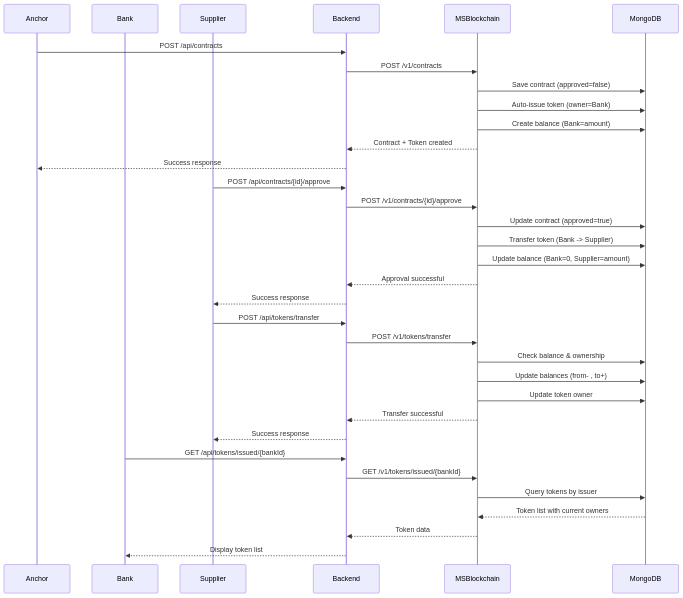
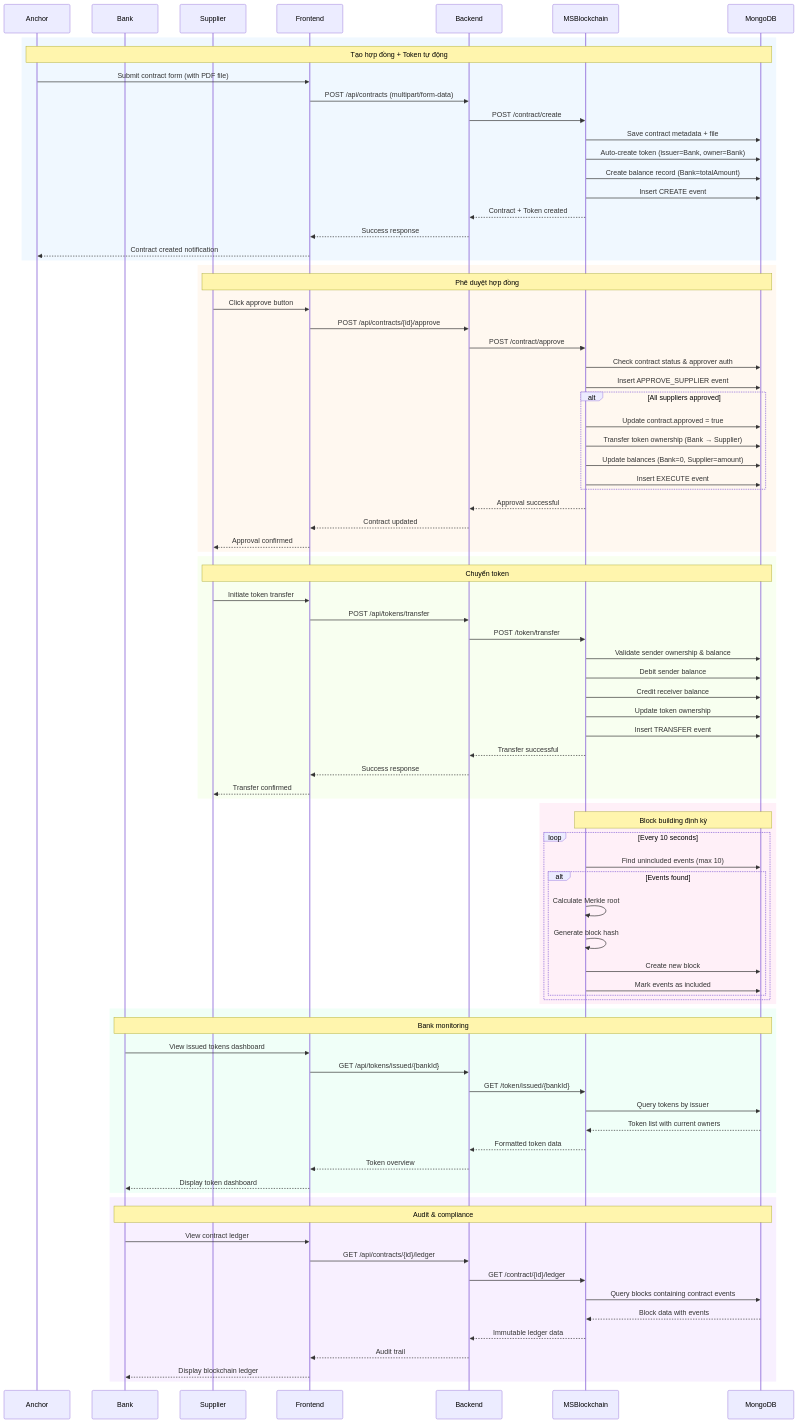
Before and after one commit to trunghc97/blockchain: the second of 6 diagrams in SYSTEM_DIAGRAM.md, drawn with Mermaid. The commit also changed other lines of this file, not shown here.

````diff
--- a/SYSTEM_DIAGRAM.md
+++ b/SYSTEM_DIAGRAM.md
@@ -48,42 +87,100 @@
     participant Anchor
     participant Bank
     participant Supplier
+    participant Frontend
     participant Backend
     participant MSBlockchain
     participant MongoDB
 
-    %% 1. Anchor tạo hợp đồng
-    Anchor->>Backend: POST /api/contracts
-    Backend->>MSBlockchain: POST /v1/contracts
-    MSBlockchain->>MongoDB: Save contract (approved=false)
-    MSBlockchain->>MongoDB: Auto-issue token (owner=Bank)
-    MSBlockchain->>MongoDB: Create balance (Bank=amount)
-    MSBlockchain-->>Backend: Contract + Token created
-    Backend-->>Anchor: Success response
+    %% 1. Anchor tạo hợp đồng & Token tự động phát hành
+    rect rgb(240, 248, 255)
+        Note over Anchor,MongoDB: Tạo hợp đồng + Token tự động
+        Anchor->>Frontend: Submit contract form (with PDF file)
+        Frontend->>Backend: POST /api/contracts (multipart/form-data)
+        Backend->>MSBlockchain: POST /contract/create
+        MSBlockchain->>MongoDB: Save contract metadata + file
+        MSBlockchain->>MongoDB: Auto-create token (issuer=Bank, owner=Bank)
+        MSBlockchain->>MongoDB: Create balance record (Bank=totalAmount)
+        MSBlockchain->>MongoDB: Insert CREATE event
+        MSBlockchain-->>Backend: Contract + Token created
+        Backend-->>Frontend: Success response
+        Frontend-->>Anchor: Contract created notification
+    end
 
-    %% 2. Approvers duyệt hợp đồng
-    Supplier->>Backend: POST /api/contracts/{id}/approve
-    Backend->>MSBlockchain: POST /v1/contracts/{id}/approve
-    MSBlockchain->>MongoDB: Update contract (approved=true)
-    MSBlockchain->>MongoDB: Transfer token (Bank -> Supplier)
-    MSBlockchain->>MongoDB: Update balance (Bank=0, Supplier=amount)
-    MSBlockchain-->>Backend: Approval successful
-    Backend-->>Supplier: Success response
+    %% 2. Suppliers phê duyệt & Token transfer
+    rect rgb(255, 248, 240)
+        Note over Supplier,MongoDB: Phê duyệt hợp đồng
+        Supplier->>Frontend: Click approve button
+        Frontend->>Backend: POST /api/contracts/{id}/approve
+        Backend->>MSBlockchain: POST /contract/approve
+        MSBlockchain->>MongoDB: Check contract status & approver auth
+        MSBlockchain->>MongoDB: Insert APPROVE_SUPPLIER event
 
-    %% 3. Supplier chuyển token
-    Supplier->>Backend: POST /api/tokens/transfer
-    Backend->>MSBlockchain: POST /v1/tokens/transfer
-    MSBlockchain->>MongoDB: Check balance & ownership
-    MSBlockchain->>MongoDB: Update balances (from- , to+)
-    MSBlockchain->>MongoDB: Update token owner
-    MSBlockchain-->>Backend: Transfer successful
-    Backend-->>Supplier: Success response
+        alt All suppliers approved
+            MSBlockchain->>MongoDB: Update contract.approved = true
+            MSBlockchain->>MongoDB: Transfer token ownership (Bank → Supplier)
+            MSBlockchain->>MongoDB: Update balances (Bank=0, Supplier=amount)
+            MSBlockchain->>MongoDB: Insert EXECUTE event
+        end
 
-    %% 4. Bank xem tokens đã phát hành
-    Bank->>Backend: GET /api/tokens/issued/{bankId}
-    Backend->>MSBlockchain: GET /v1/tokens/issued/{bankId}
-    MSBlockchain->>MongoDB: Query tokens by issuer
-    MongoDB-->>MSBlockchain: Token list with current owners
-    MSBlockchain-->>Backend: Token data
-    Backend-->>Bank: Display token list
+        MSBlockchain-->>Backend: Approval successful
+        Backend-->>Frontend: Contract updated
+        Frontend-->>Supplier: Approval confirmed
+    end
+
+    %% 3. Token transfer giữa Suppliers
+    rect rgb(248, 255, 240)
+        Note over Supplier,MongoDB: Chuyển token
+        Supplier->>Frontend: Initiate token transfer
+        Frontend->>Backend: POST /api/tokens/transfer
+        Backend->>MSBlockchain: POST /token/transfer
+        MSBlockchain->>MongoDB: Validate sender ownership & balance
+        MSBlockchain->>MongoDB: Debit sender balance
+        MSBlockchain->>MongoDB: Credit receiver balance
+        MSBlockchain->>MongoDB: Update token ownership
+        MSBlockchain->>MongoDB: Insert TRANSFER event
+        MSBlockchain-->>Backend: Transfer successful
+        Backend-->>Frontend: Success response
+        Frontend-->>Supplier: Transfer confirmed
+    end
+
+    %% 4. Block builder tự động
+    rect rgb(255, 240, 248)
+        Note over MSBlockchain,MongoDB: Block building định kỳ
+        loop Every 10 seconds
+            MSBlockchain->>MongoDB: Find unincluded events (max 10)
+            alt Events found
+                MSBlockchain->>MSBlockchain: Calculate Merkle root
+                MSBlockchain->>MSBlockchain: Generate block hash
+                MSBlockchain->>MongoDB: Create new block
+                MSBlockchain->>MongoDB: Mark events as included
+            end
+        end
+    end
+
+    %% 5. Bank xem tổng quan tokens
+    rect rgb(240, 255, 248)
+        Note over Bank,MongoDB: Bank monitoring
+        Bank->>Frontend: View issued tokens dashboard
+        Frontend->>Backend: GET /api/tokens/issued/{bankId}
+        Backend->>MSBlockchain: GET /token/issued/{bankId}
+        MSBlockchain->>MongoDB: Query tokens by issuer
+        MongoDB-->>MSBlockchain: Token list with current owners
+        MSBlockchain-->>Backend: Formatted token data
+        Backend-->>Frontend: Token overview
+        Frontend-->>Bank: Display token dashboard
+    end
+
+    %% 6. Ledger audit trail
+    rect rgb(248, 240, 255)
+        Note over Bank,MongoDB: Audit & compliance
+        Bank->>Frontend: View contract ledger
+        Frontend->>Backend: GET /api/contracts/{id}/ledger
+        Backend->>MSBlockchain: GET /contract/{id}/ledger
+        MSBlockchain->>MongoDB: Query blocks containing contract events
+        MongoDB-->>MSBlockchain: Block data with events
+        MSBlockchain-->>Backend: Immutable ledger data
+        Backend-->>Frontend: Audit trail
+        Frontend-->>Bank: Display blockchain ledger
+    end
 ```
````
